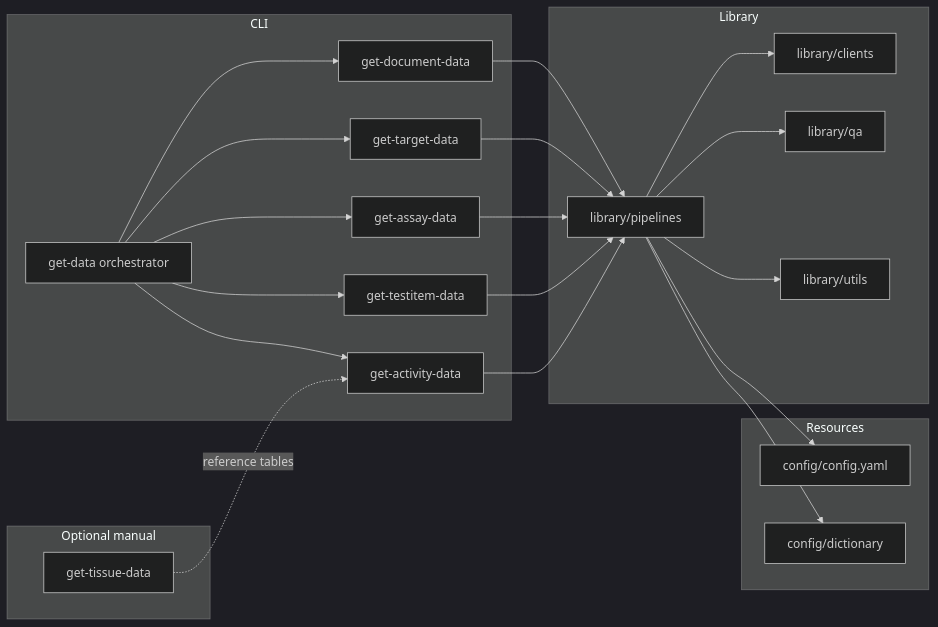
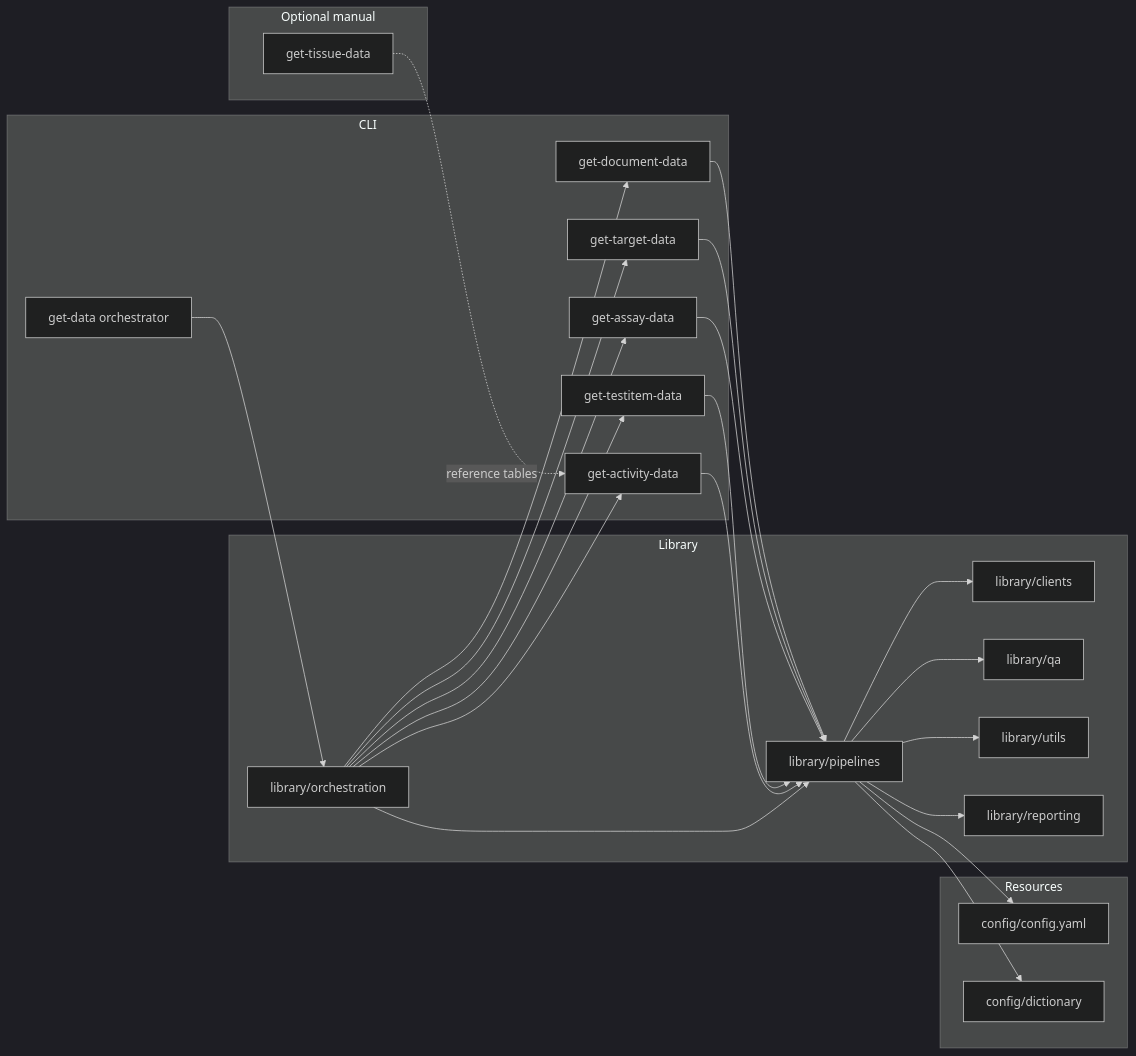
One commit to SatoryKono/ChEMBL_data_acquisition changed the diagram in docs/en/architecture/ARCHITECTURE.md. Above: the diagram before and after it, drawn with Mermaid (dark theme). The commit also changed other lines of this file and 2 other files, not shown here.

Commit message:
Align README and expand orchestration docs

````diff
--- a/docs/en/architecture/ARCHITECTURE.md
+++ b/docs/en/architecture/ARCHITECTURE.md
@@ -3,33 +3,38 @@
 ```mermaid
 flowchart LR
     subgraph CLI
         A1[get-document-data]
         A2[get-target-data]
         A3[get-assay-data]
         A4[get-testitem-data]
         A5[get-activity-data]
         A0[get-data orchestrator]
     end
     subgraph Optional manual
         A6[get-tissue-data]
     end
     subgraph Library
+        B0[library/orchestration]
         B1[library/clients]
         B2[library/pipelines]
         B3[library/qa]
         B4[library/utils]
+        B5[library/reporting]
     end
     subgraph Resources
         C1[config/config.yaml]
         C2[config/dictionary]
     end
 
-    A0 --> A1 & A2 & A3 & A4 & A5
+    A0 --> B0
+    B0 --> A1 & A2 & A3 & A4 & A5
     A6 -.->|reference tables| A5
     A1 & A2 & A3 & A4 & A5 --> B2
     B2 --> B1
     B2 --> B3
     B2 --> B4
+    B0 --> B2
+    B2 --> B5
     B2 --> C1
     B2 --> C2
 ```
````
